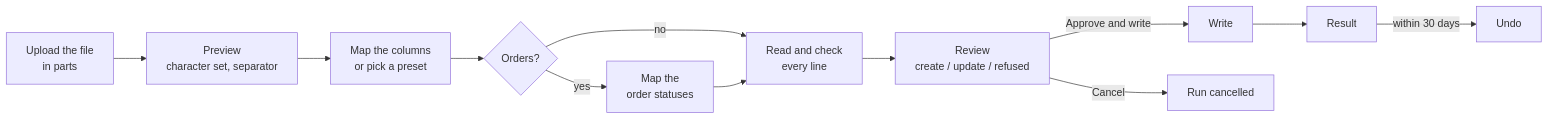
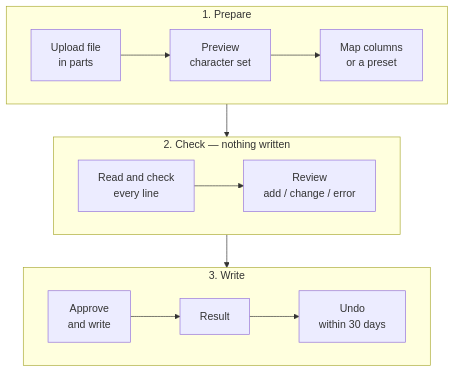
Before and after one commit to gp247-plugin/DataImport: the diagram in readme.md, drawn with Mermaid. The commit also changed other lines of this file and 2 other files, not shown here.

````diff
--- a/readme.md
+++ b/readme.md
@@ -29,14 +14,16 @@
 ```mermaid
-flowchart LR
-    A[Upload the file<br/>in parts] --> B[Preview<br/>character set, separator]
-    B --> C[Map the columns<br/>or pick a preset]
-    C --> D{Orders?}
-    D -- yes --> E[Map the<br/>order statuses]
-    D -- no --> F[Read and check<br/>every line]
-    E --> F
-    F --> G[Review<br/>create / update / refused]
-    G -- Approve and write --> H[Write]
-    G -- Cancel --> X[Run cancelled]
-    H --> I[Result]
-    I -- within 30 days --> U[Undo]
+flowchart TB
+    subgraph S1["1. Prepare"]
+        direction LR
+        A["Upload file<br/>in parts"] --> B["Preview<br/>character set"] --> C["Map columns<br/>or a preset"]
+    end
+    subgraph S2["2. Check — nothing written"]
+        direction LR
+        D["Read and check<br/>every line"] --> E["Review<br/>add / change / error"]
+    end
+    subgraph S3["3. Write"]
+        direction LR
+        F["Approve<br/>and write"] --> G["Result"] --> H["Undo<br/>within 30 days"]
+    end
+    S1 --> S2 --> S3
 ```
````
